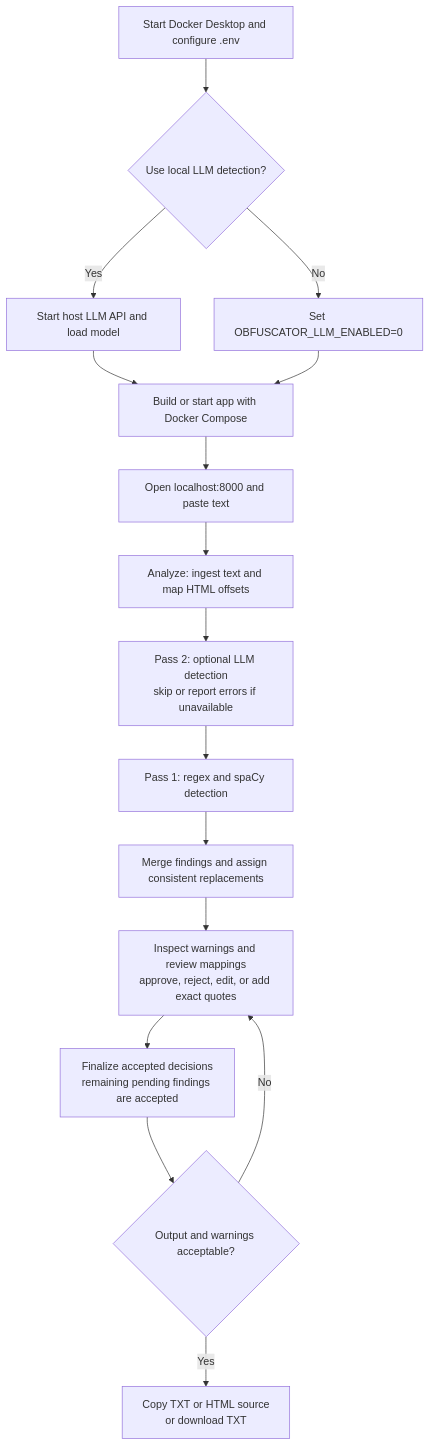
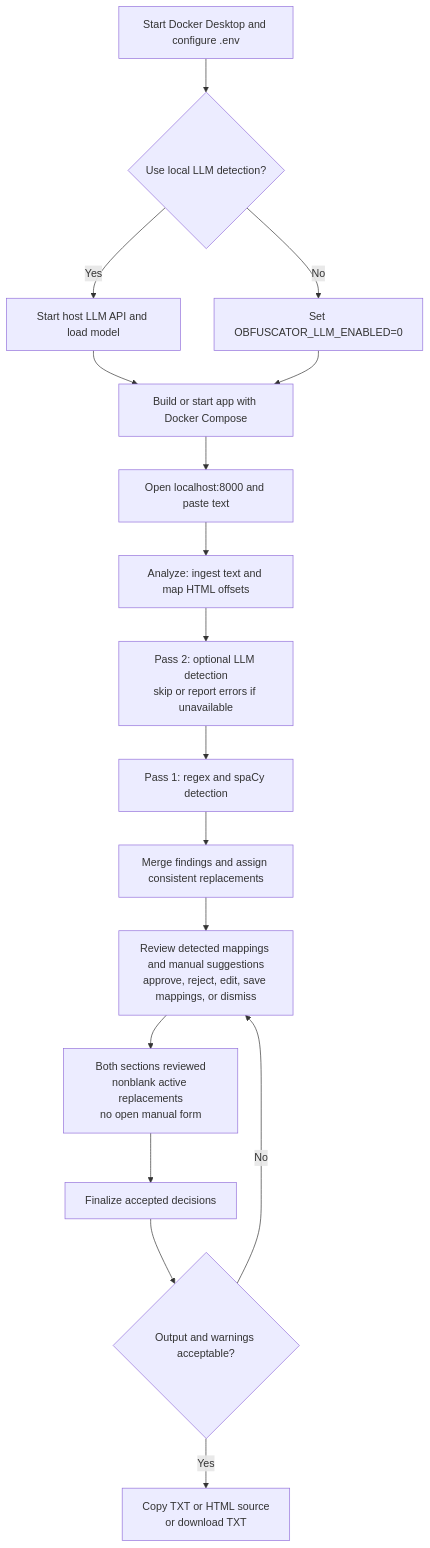
Before and after one commit to Knite84/DataObfuscator: the diagram in DataObfuscator_Notes&ToDos.md, drawn with Mermaid. The commit also changed other lines of this file and 2 other files, not shown here.

````diff
--- a/DataObfuscator_Notes&ToDos.md
+++ b/DataObfuscator_Notes&ToDos.md
@@ -45,18 +49,19 @@
 ```mermaid
 flowchart TD
     START["Start Docker Desktop and configure .env"] --> LLM{"Use local LLM detection?"}
     LLM -->|Yes| HOST["Start host LLM API and load model"]
     LLM -->|No| OFF["Set OBFUSCATOR_LLM_ENABLED=0"]
     HOST --> APP["Build or start app with Docker Compose"]
     OFF --> APP
     APP --> INPUT["Open localhost:8000 and paste text"]
     INPUT --> ANALYZE["Analyze: ingest text and map HTML offsets"]
     ANALYZE --> P2["Pass 2: optional LLM detection<br/>skip or report errors if unavailable"]
     P2 --> P1["Pass 1: regex and spaCy detection"]
     P1 --> MAP["Merge findings and assign consistent replacements"]
-    MAP --> REVIEW["Inspect warnings and review mappings<br/>approve, reject, edit, or add exact quotes"]
-    REVIEW --> FINAL["Finalize accepted decisions<br/>remaining pending findings are accepted"]
+    MAP --> REVIEW["Review detected mappings and manual suggestions<br/>approve, reject, edit, save mappings, or dismiss"]
+    REVIEW --> READY["Both sections reviewed<br/>nonblank active replacements<br/>no open manual form"]
+    READY --> FINAL["Finalize accepted decisions"]
     FINAL --> CHECK{"Output and warnings acceptable?"}
     CHECK -->|No| REVIEW
     CHECK -->|Yes| EXPORT["Copy TXT or HTML source<br/>or download TXT"]
 ```
````
